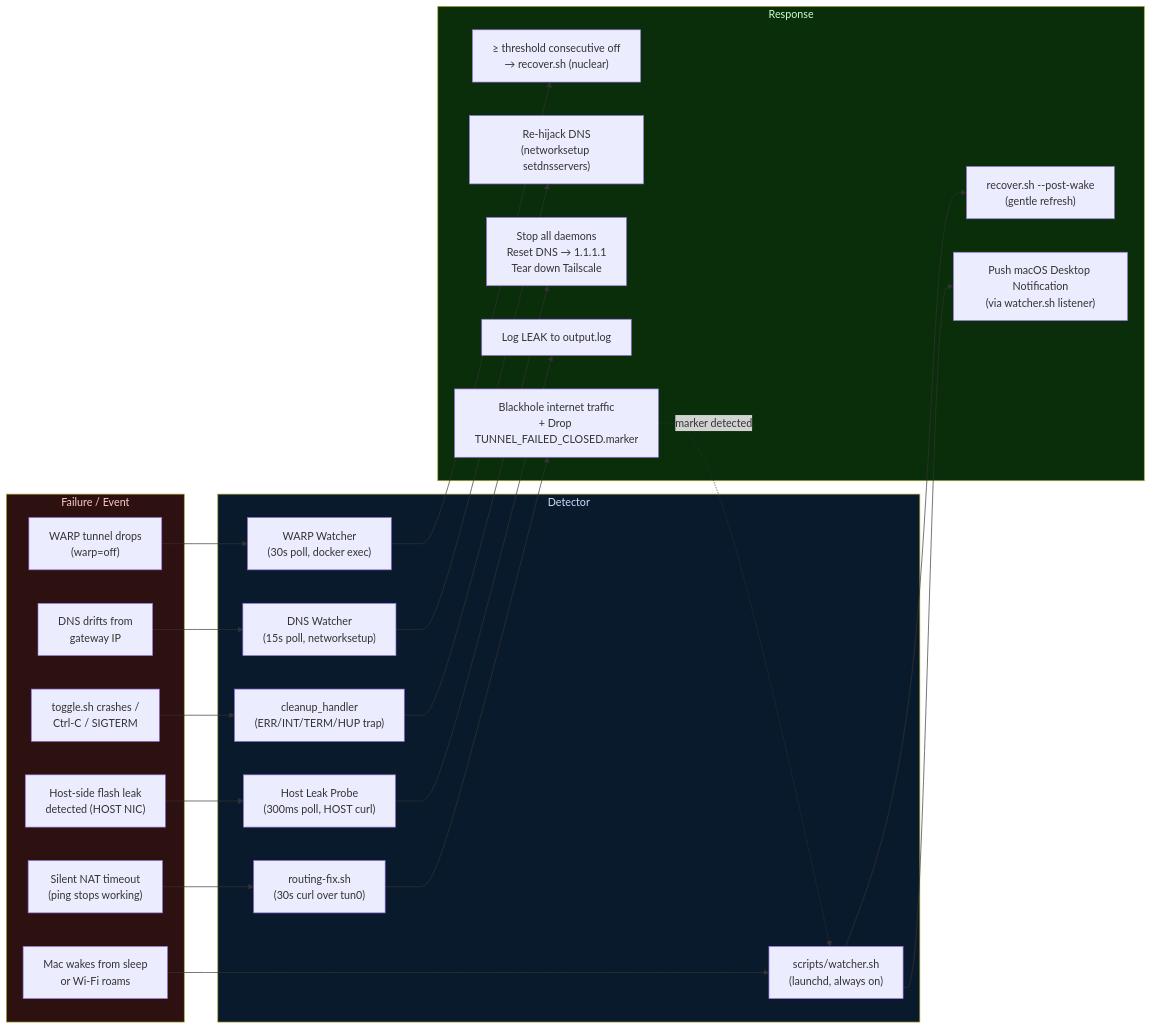
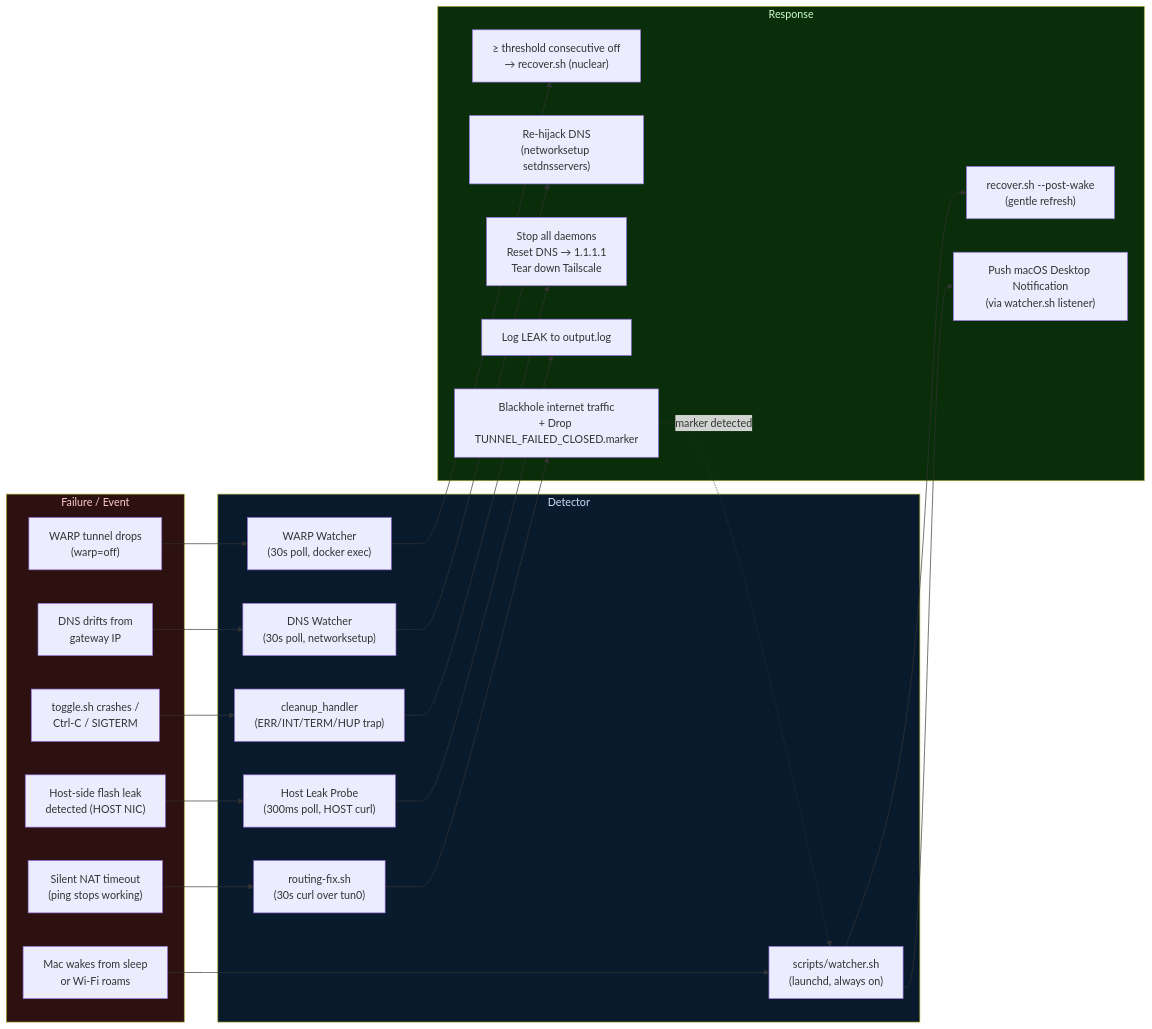
The seventh of 7 diagrams in diagrams.md (OmarAlaaeldein/nullexit), drawn with Mermaid before and after one commit. The commit also changed other lines of this file, not shown here.

First line of the commit message:
docs(diagrams): fix DNS Watcher poll rate (15s→30s), add LAN P2P detection to watcher node

````diff
--- a/diagrams.md
+++ b/diagrams.md
@@ -298,43 +299,43 @@
 ```mermaid
 flowchart LR
     subgraph EVENTS["Failure / Event"]
         E1["WARP tunnel drops\n(warp=off)"]
         E2["Mac wakes from sleep\nor Wi-Fi roams"]
         E3["DNS drifts from\ngateway IP"]
         E4["toggle.sh crashes /\nCtrl-C / SIGTERM"]
         E5["Host-side flash leak\ndetected (HOST NIC)"]
         E6["Silent NAT timeout\n(ping stops working)"]
     end
 
     subgraph DETECTORS["Detector"]
         D1["WARP Watcher\n(30s poll, docker exec)"]
         D2["scripts/watcher.sh\n(launchd, always on)"]
-        D3["DNS Watcher\n(15s poll, networksetup)"]
+        D3["DNS Watcher\n(30s poll, networksetup)"]
         D4["cleanup_handler\n(ERR/INT/TERM/HUP trap)"]
         D5["Host Leak Probe\n(300ms poll, HOST curl)"]
         D6["routing-fix.sh\n(30s curl over tun0)"]
     end
 
     subgraph ACTIONS["Response"]
         A1["≥ threshold consecutive off\n→ recover.sh (nuclear)"]
         A2["recover.sh --post-wake\n(gentle refresh)"]
         A3["Re-hijack DNS\n(networksetup setdnsservers)"]
         A4["Stop all daemons\nReset DNS → 1.1.1.1\nTear down Tailscale"]
         A5["Log LEAK to output.log"]
         A6["Blackhole internet traffic\n+ Drop TUNNEL_FAILED_CLOSED.marker"]
         A7["Push macOS Desktop Notification\n(via watcher.sh listener)"]
     end
 
     E1 --> D1 --> A1
     E2 --> D2 --> A2
     E3 --> D3 --> A3
     E4 --> D4 --> A4
     E5 --> D5 --> A5
     E6 --> D6 --> A6
     A6 -.->|"marker detected"| D2
     D2 --> A7
 
     style EVENTS fill:#2d1010,color:#ffcccc
     style DETECTORS fill:#0a1a2d,color:#cce0ff
     style ACTIONS fill:#0a2d0a,color:#ccffcc
 ```
````
